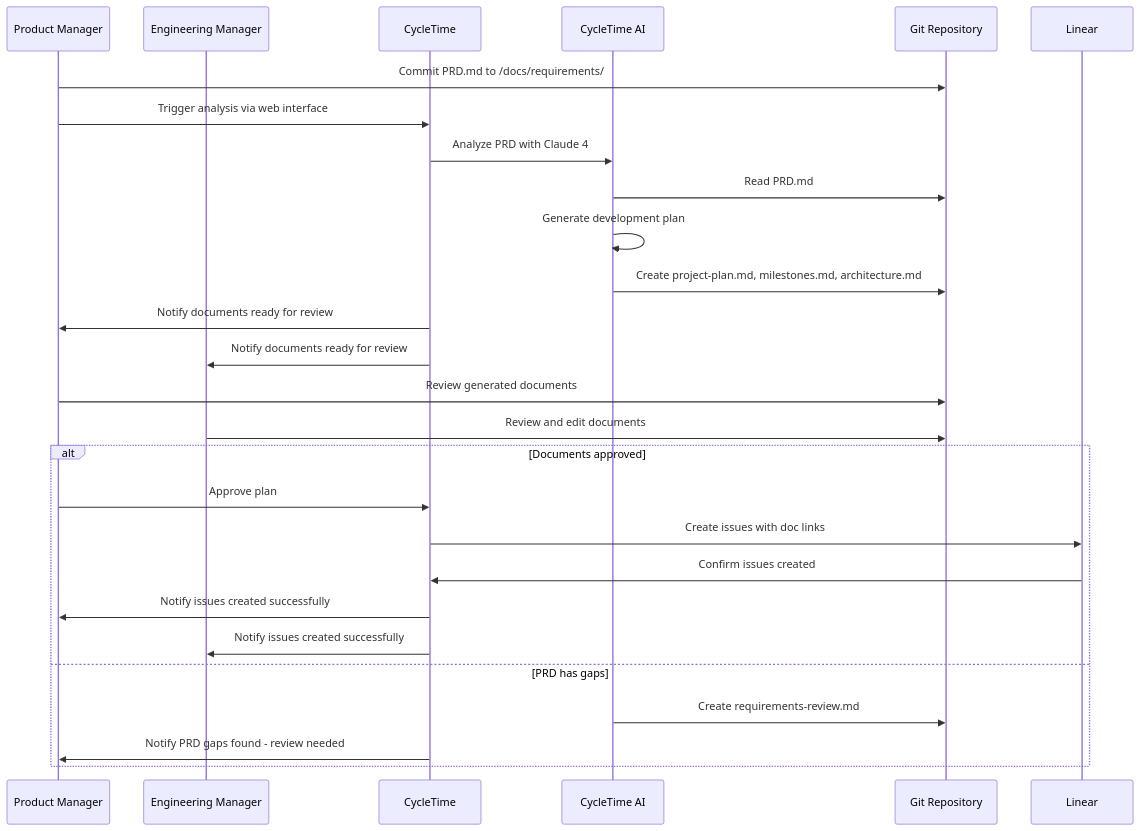
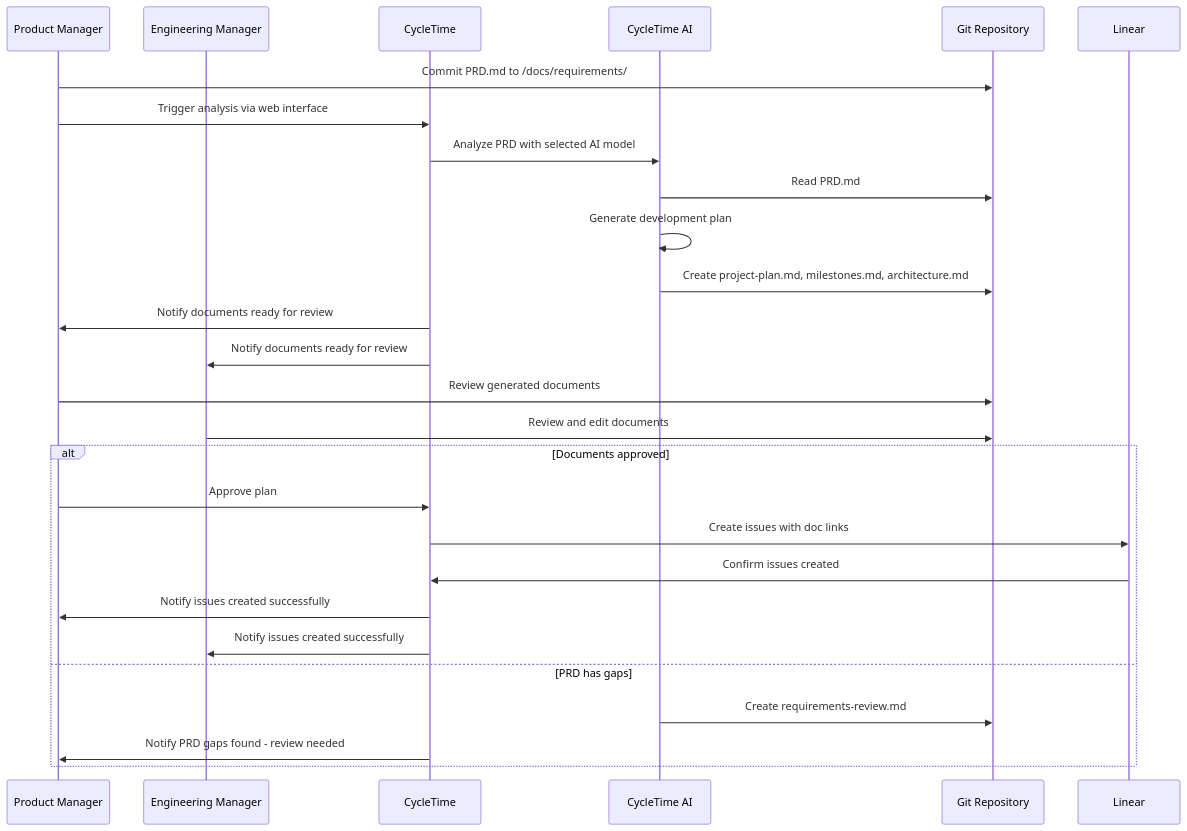
One commit to spiralhouse/cycletime changed the first of 4 diagrams in docs/PRD.md. Above: the diagram before and after it, drawn with Mermaid. The commit also changed other lines of this file, not shown here.

First line of the commit message:
docs: update PRD to match README's AI model flexibility messaging

````diff
--- a/docs/PRD.md
+++ b/docs/PRD.md
@@ -125,31 +125,31 @@
 ```mermaid
 sequenceDiagram
     participant PM as Product Manager
     participant EM as Engineering Manager
     participant CT as CycleTime
     participant AI as CycleTime AI
     participant REPO as Git Repository
     participant LINEAR as Linear
     
     PM->>REPO: Commit PRD.md to /docs/requirements/
     PM->>CT: Trigger analysis via web interface
-    CT->>AI: Analyze PRD with Claude 4
+    CT->>AI: Analyze PRD with selected AI model
     AI->>REPO: Read PRD.md
     AI->>AI: Generate development plan
     AI->>REPO: Create project-plan.md, milestones.md, architecture.md
     CT->>PM: Notify documents ready for review
     CT->>EM: Notify documents ready for review
     PM->>REPO: Review generated documents
     EM->>REPO: Review and edit documents
     
     alt Documents approved
         PM->>CT: Approve plan
         CT->>LINEAR: Create issues with doc links
         LINEAR->>CT: Confirm issues created
         CT->>PM: Notify issues created successfully
         CT->>EM: Notify issues created successfully
     else PRD has gaps
         AI->>REPO: Create requirements-review.md
         CT->>PM: Notify PRD gaps found - review needed
     end
 ```
````
